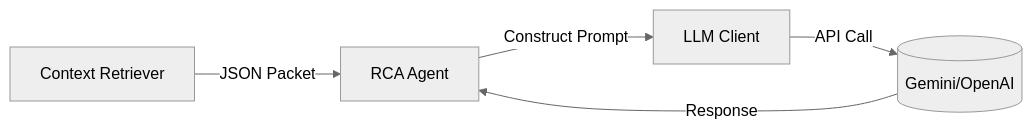
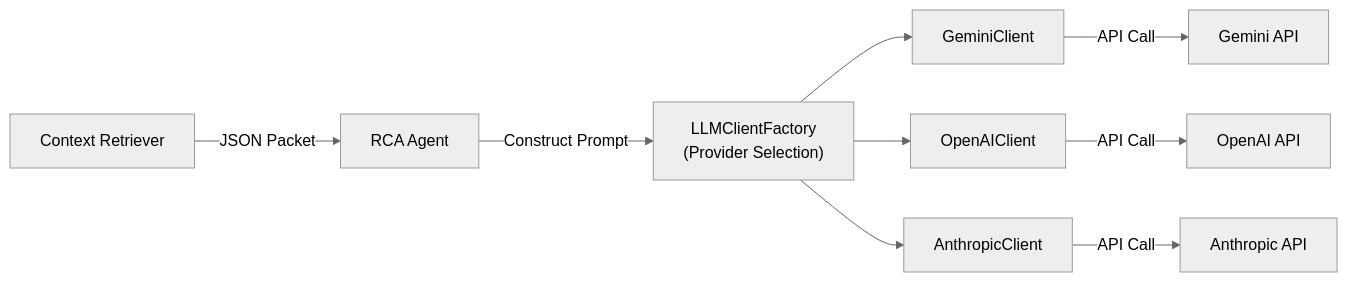
The diagram in llm_integration/README.md (asthamohta/CS224G-SRE), drawn with Mermaid (neutral theme) before and after one commit. The commit also changed other lines of this file and 11 other files, not shown here.

````diff
--- a/llm_integration/README.md
+++ b/llm_integration/README.md
@@ -11,7 +15,11 @@
 ```mermaid
 graph LR
     ContextRetriever[Context Retriever] -->|JSON Packet| Agent[RCA Agent]
-    Agent -->|Construct Prompt| LLM_Client[LLM Client]
-    LLM_Client -->|API Call| Provider[(Gemini/OpenAI)]
-    Provider -->|Response| Agent
+    Agent -->|Construct Prompt| Factory["LLMClientFactory<br/>(Provider Selection)"]
+    Factory --> Gemini["GeminiClient"]
+    Factory --> OpenAI["OpenAIClient"]
+    Factory --> Anthropic["AnthropicClient"]
+    Gemini -->|API Call| GeminiAPI["Gemini API"]
+    OpenAI -->|API Call| OpenAIAPI["OpenAI API"]
+    Anthropic -->|API Call| AnthropicAPI["Anthropic API"]
 ```
````
